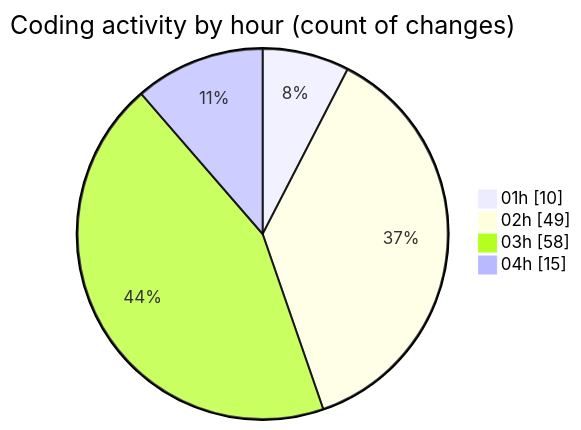
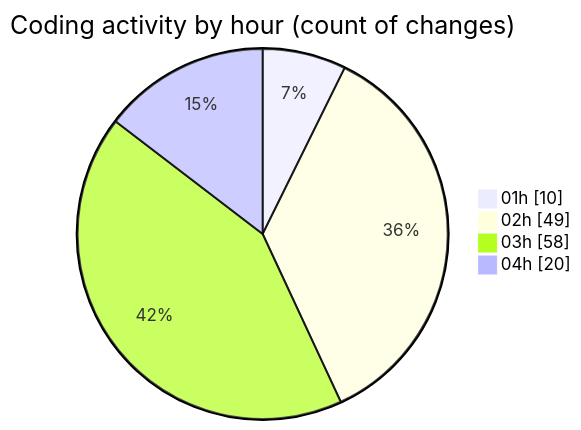
Before and after one commit to julien-gomy/code-tracking: the second of 2 diagrams in 2025-11-21/eventscop-frontend-guide__workspace_/README.md, drawn with Mermaid. The commit also changed other lines of this file and 1 other file, not shown here.

````diff
--- a/2025-11-21/eventscop-frontend-guide__workspace_/README.md
+++ b/2025-11-21/eventscop-frontend-guide__workspace_/README.md
@@ -71,8 +71,8 @@
 ```mermaid
 pie showData
 title Coding activity by hour (count of changes)
 "01h" : 10
 "02h" : 49
 "03h" : 58
-"04h" : 15
+"04h" : 20
 ```
````
